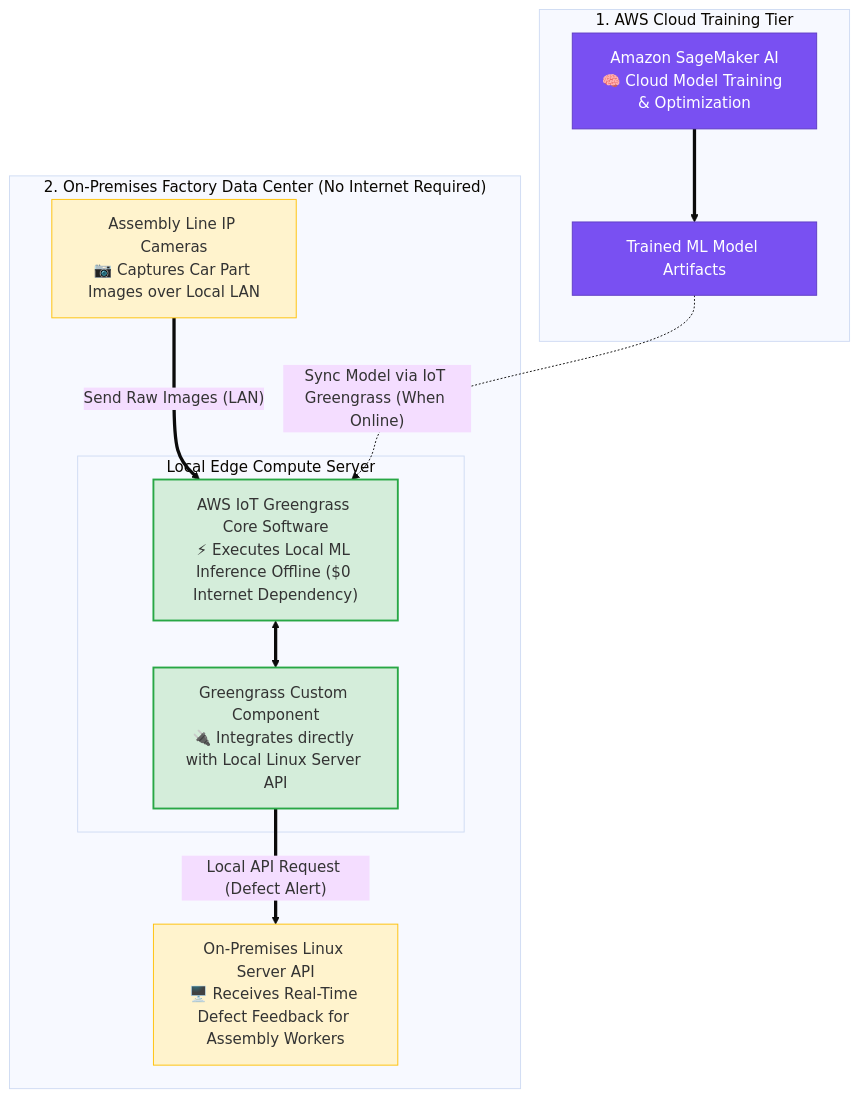
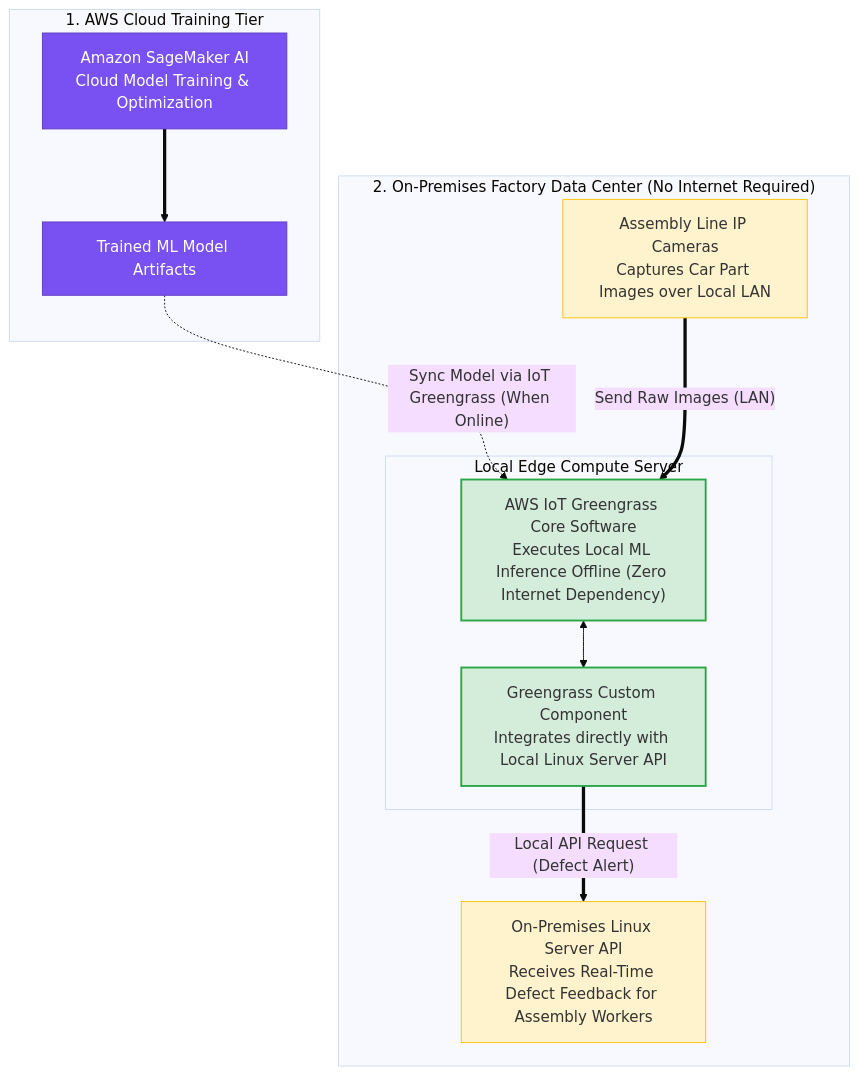
Diagram 11 of 20 in Professional/3.3 Global service offerings (for example, AWS Global Accelerator, Amazon CloudFront, edge computing services).md (ReginRavi/AIP-C01), drawn with Mermaid (base theme) before and after one commit. The commit also changed other lines of this file and 1 other file, not shown here.

Commit message:
Fix mermaid diagram syntax in Global service offerings and High-performing systems architectures notes

````diff
--- a/Professional/3.3 Global service offerings (for example, AWS Global Accelerator, Amazon CloudFront, edge computing services).md
+++ b/Professional/3.3 Global service offerings (for example, AWS Global Accelerator, Amazon CloudFront, edge computing services).md
@@ -549,33 +566,32 @@
 ```mermaid
 flowchart TD
     subgraph CloudTier ["1. AWS Cloud Training Tier"]
-        SageMaker["Amazon SageMaker AI<br/>🧠 Cloud Model Training & Optimization"]
+        SageMaker["Amazon SageMaker AI<br/>Cloud Model Training & Optimization"]
         ModelArtifacts["Trained ML Model Artifacts"]
-        SageMaker ==> ModelArtifacts
     end
 
     subgraph FactoryEdge ["2. On-Premises Factory Data Center (No Internet Required)"]
-        IPCameras["Assembly Line IP Cameras<br/>📷 Captures Car Part Images over Local LAN"]
+        IPCameras["Assembly Line IP Cameras<br/>Captures Car Part Images over Local LAN"]
 
         subgraph GreengrassServer ["Local Edge Compute Server"]
-            GG_Core["AWS IoT Greengrass Core Software<br/>⚡ Executes Local ML Inference Offline ($0 Internet Dependency)"]
-            GG_Comp["Greengrass Custom Component<br/>🔌 Integrates directly with Local Linux Server API"]
-            GG_Core <==> GG_Comp
+            GG_Core["AWS IoT Greengrass Core Software<br/>Executes Local ML Inference Offline (Zero Internet Dependency)"]
+            GG_Comp["Greengrass Custom Component<br/>Integrates directly with Local Linux Server API"]
         end
 
-        LinuxAPI["On-Premises Linux Server API<br/>🖥️ Receives Real-Time Defect Feedback for Assembly Workers"]
-
-        IPCameras ==>|"Send Raw Images (LAN)"| GG_Core
-        GG_Comp ==>|"Local API Request (Defect Alert)"| LinuxAPI
+        LinuxAPI["On-Premises Linux Server API<br/>Receives Real-Time Defect Feedback for Assembly Workers"]
     end
 
+    SageMaker ==> ModelArtifacts
     ModelArtifacts -.->|"Sync Model via IoT Greengrass (When Online)"| GG_Core
+    IPCameras ==>|"Send Raw Images (LAN)"| GG_Core
+    GG_Core <--> GG_Comp
+    GG_Comp ==>|"Local API Request (Defect Alert)"| LinuxAPI
 
     classDef cloud fill:#7950f2,stroke:#5f3dc4,color:#ffffff;
     classDef edge fill:#d4edda,stroke:#28a745,stroke-width:2px;
     classDef device fill:#fff3cd,stroke:#ffc107,stroke-width:1px;
 
     class SageMaker,ModelArtifacts cloud;
     class GG_Core,GG_Comp edge;
     class IPCameras,LinuxAPI device;
 ```
````
